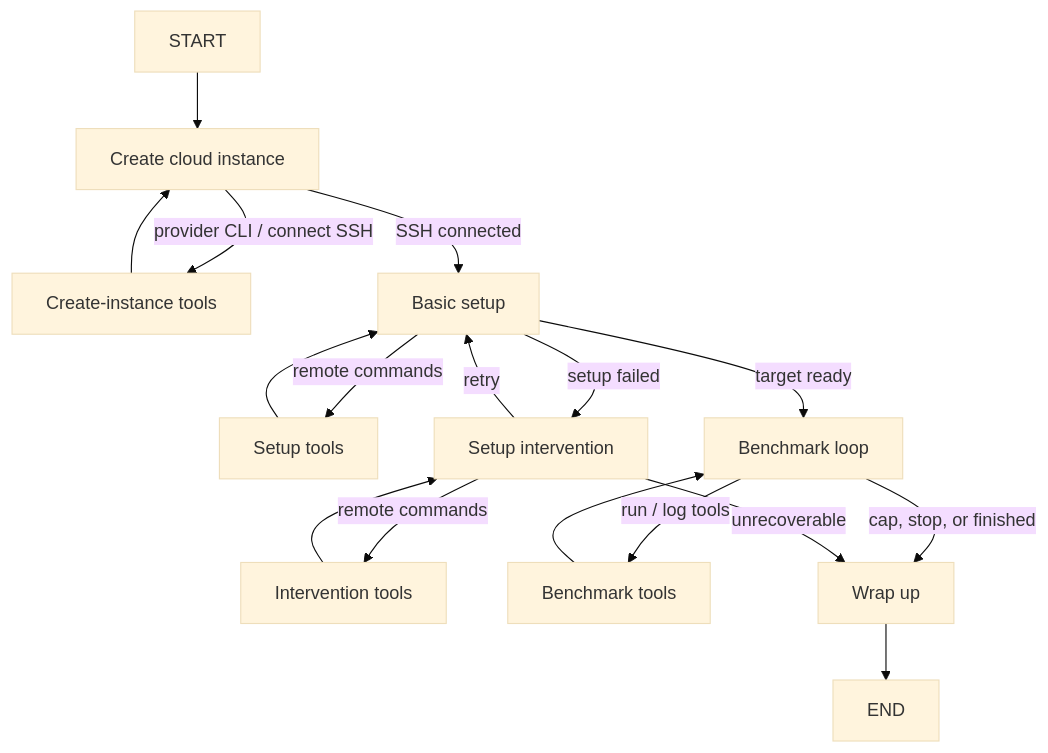
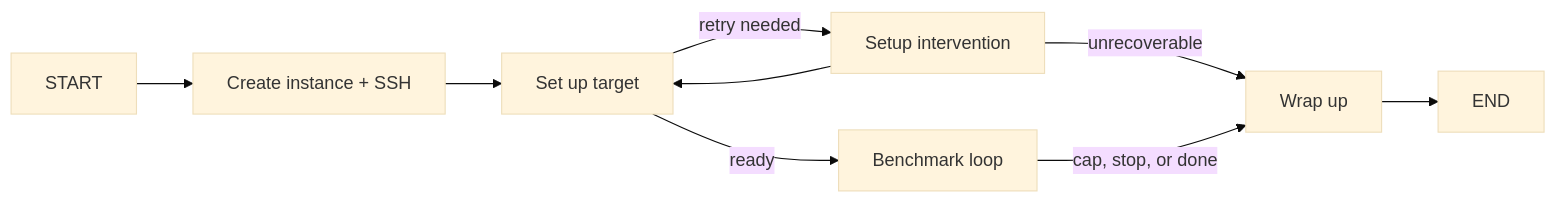
One commit to coder-2011/perferox changed the third of 5 diagrams in structures.md. Above: the diagram before and after it, drawn with Mermaid (base theme). The commit also changed other lines of this file, not shown here.

Commit message:
simplify architecture diagrams

````diff
--- a/structures.md
+++ b/structures.md
@@ -97,21 +83,10 @@
 ```mermaid
-flowchart TD
-  start["START"] --> create["Create cloud instance"]
-  create -->|"provider CLI / connect SSH"| create_tools["Create-instance tools"]
-  create_tools --> create
-  create -->|"SSH connected"| setup["Basic setup"]
-
-  setup -->|"remote commands"| setup_tools["Setup tools"]
-  setup_tools --> setup
-  setup -->|"setup failed"| intervention["Setup intervention"]
-  intervention -->|"remote commands"| intervention_tools["Intervention tools"]
-  intervention_tools --> intervention
-  intervention -->|"retry"| setup
-
-  setup -->|"target ready"| bench["Benchmark loop"]
-  bench -->|"run / log tools"| bench_tools["Benchmark tools"]
-  bench_tools --> bench
-  bench -->|"cap, stop, or finished"| wrap["Wrap up"]
-  intervention -->|"unrecoverable"| wrap
+flowchart LR
+  start["START"] --> create["Create instance + SSH"] --> setup["Set up target"]
+  setup -->|"ready"| bench["Benchmark loop"]
+  setup -->|"retry needed"| intervention["Setup intervention"]
+  intervention --> setup
+  intervention -->|"unrecoverable"| wrap["Wrap up"]
+  bench -->|"cap, stop, or done"| wrap
   wrap --> finish["END"]
 ```
````
